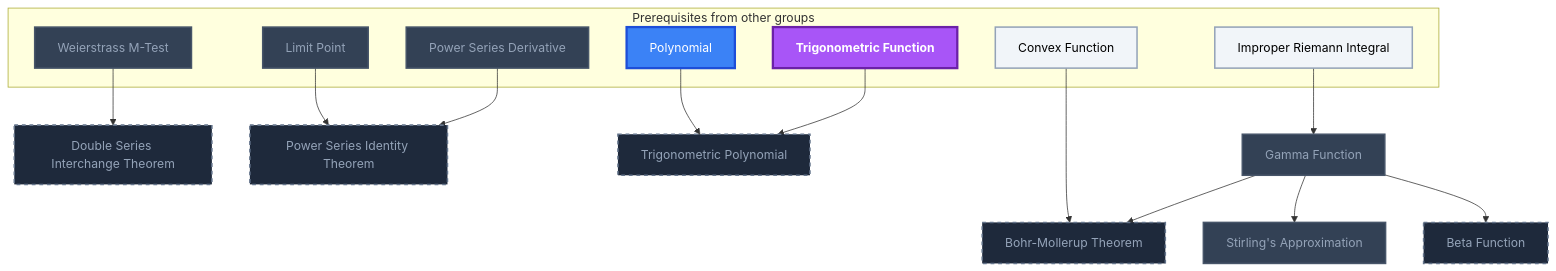
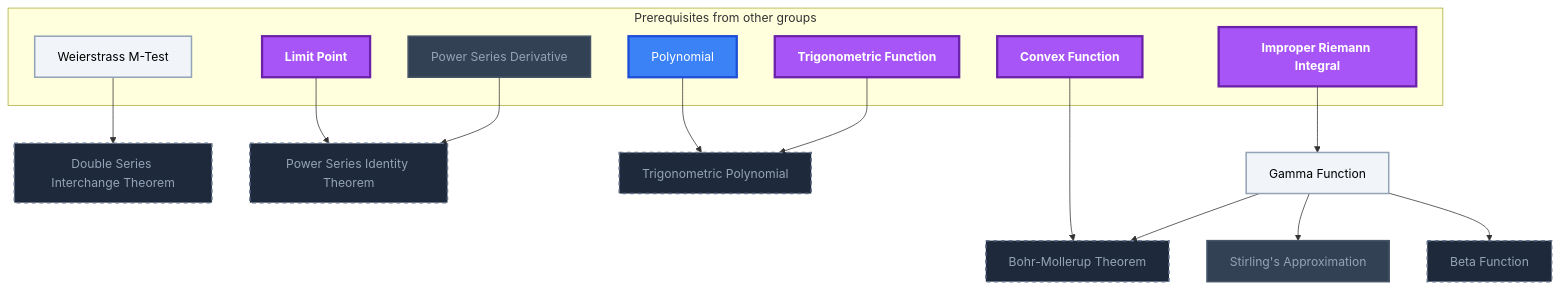
One commit to MRauf1/My-Notes changed diagram 14 of 22 in Gamification/Skill Trees/Real Analysis.md. Above: the diagram before and after it, drawn with Mermaid. The commit also changed other lines of this file and 145 other files, not shown here.

````diff
--- a/Gamification/Skill Trees/Real Analysis.md
+++ b/Gamification/Skill Trees/Real Analysis.md
@@ -1181,44 +1218,44 @@
 ```mermaid
 flowchart TD
     classDef planned fill:#1E293B,stroke:#64748B,stroke-width:2px,stroke-dasharray:5 5,color:#94A3B8;
     classDef locked fill:#334155,stroke:#475569,stroke-width:2px,color:#94A3B8;
     classDef L0 fill:#F1F5F9,stroke:#94A3B8,stroke-width:2px,color:#000000;
     classDef L1 fill:#22C55E,stroke:#15803D,stroke-width:2px,color:#000000;
     classDef L2 fill:#3B82F6,stroke:#1D4ED8,stroke-width:3px,color:#FFFFFF;
     classDef L3 fill:#A855F7,stroke:#6B21A8,stroke-width:3px,color:#FFFFFF,font-weight:bold;
     classDef L4 fill:#F97316,stroke:#C2410C,stroke-width:4px,color:#000000,font-weight:bold;
     classDef L5 fill:#FFD700,stroke:#FF8C00,stroke-width:5px,color:#000000,font-weight:bold;
     classDef rusty stroke:#8B4513,stroke-width:4px,stroke-dasharray:3 3;
     subgraph sg_prereqs["Prerequisites from other groups"]
         n_weierstrass_m_test["Weierstrass M-Test"]
         n_limit_point["Limit Point"]
         n_power_series_derivative["Power Series Derivative"]
         n_polynomial["Polynomial"]
         n_trigonometric_function["Trigonometric Function"]
         n_convex_function["Convex Function"]
         n_improper_riemann_integral["Improper Riemann Integral"]
     end
     n_stirling_s_approximation["Stirling's Approximation"]
     n_double_series_interchange_theorem["Double Series Interchange Theorem"]
     n_power_series_identity_theorem["Power Series Identity Theorem"]
     n_trigonometric_polynomial["Trigonometric Polynomial"]
     n_beta_function["Beta Function"]
     n_bohr_mollerup_theorem["Bohr-Mollerup Theorem"]
     n_gamma_function["Gamma Function"]
     n_gamma_function --> n_stirling_s_approximation
     n_weierstrass_m_test --> n_double_series_interchange_theorem
     n_limit_point --> n_power_series_identity_theorem
     n_power_series_derivative --> n_power_series_identity_theorem
     n_polynomial --> n_trigonometric_polynomial
     n_trigonometric_function --> n_trigonometric_polynomial
     n_gamma_function --> n_beta_function
     n_convex_function --> n_bohr_mollerup_theorem
     n_gamma_function --> n_bohr_mollerup_theorem
     n_improper_riemann_integral --> n_gamma_function
     class n_double_series_interchange_theorem,n_power_series_identity_theorem,n_trigonometric_polynomial,n_beta_function,n_bohr_mollerup_theorem planned;
-    class n_weierstrass_m_test,n_limit_point,n_power_series_derivative,n_stirling_s_approximation,n_gamma_function locked;
-    class n_convex_function,n_improper_riemann_integral L0;
+    class n_power_series_derivative,n_stirling_s_approximation locked;
+    class n_weierstrass_m_test,n_gamma_function L0;
     class n_polynomial L2;
-    class n_trigonometric_function L3;
+    class n_limit_point,n_trigonometric_function,n_convex_function,n_improper_riemann_integral L3;
     class n_weierstrass_m_test,n_limit_point,n_power_series_derivative,n_polynomial,n_trigonometric_function,n_convex_function,n_improper_riemann_integral,n_stirling_s_approximation,n_gamma_function internal-link;
 ```
````
